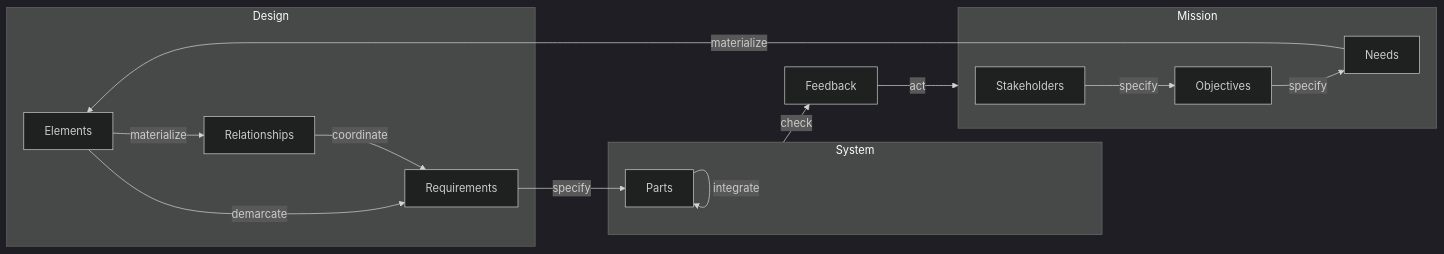
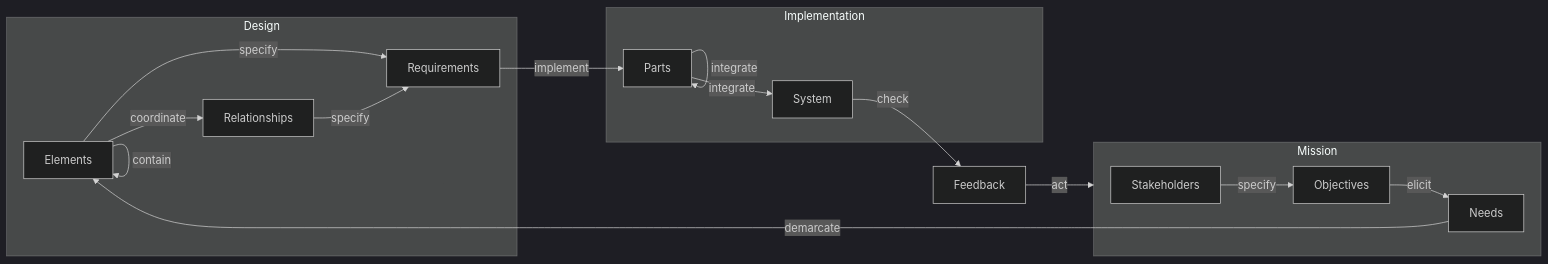
Before and after one commit to firstprinciplesthinking/paper_development_lifecycle: the ninth of 12 diagrams in README.md, drawn with Mermaid (dark theme). The commit also changed other lines of this file, not shown here.

````diff
--- a/README.md
+++ b/README.md
@@ -231,34 +241,39 @@
 ```mermaid
    flowchart LR
       subgraph Design
          Elements
          Relationships
          Requirements
       end
-      subgraph System
-         Parts
+
+      subgraph Implementation
+         System["System"]
+         Parts["Parts"]
       end
 
       Feedback
 
       subgraph Mission
          Stakeholders
          Objectives
          Needs
       end
 
       System--"check"-->Feedback
       Feedback--"act"-->Mission
 
+      Parts--"integrate"-->System
       Parts--"integrate"-->Parts
+      System~~~Parts
 
       Stakeholders--"specify"-->Objectives
-      Objectives--"specify"-->Needs
+      Objectives--"elicit"-->Needs
 
-      Elements--"demarcate"-->Requirements
-      Relationships--"coordinate"-->Requirements
-      Requirements--"specify"-->Parts
+      Elements--"specify"-->Requirements
+      Relationships--"specify"-->Requirements
+      Requirements--"implement"-->Parts
 
-      Needs--"materialize"-->Elements
-      Elements--"materialize"-->Relationships
+      Needs--"demarcate"-->Elements
+      Elements--"coordinate"-->Relationships
+      Elements--"contain"-->Elements
 ```
````
